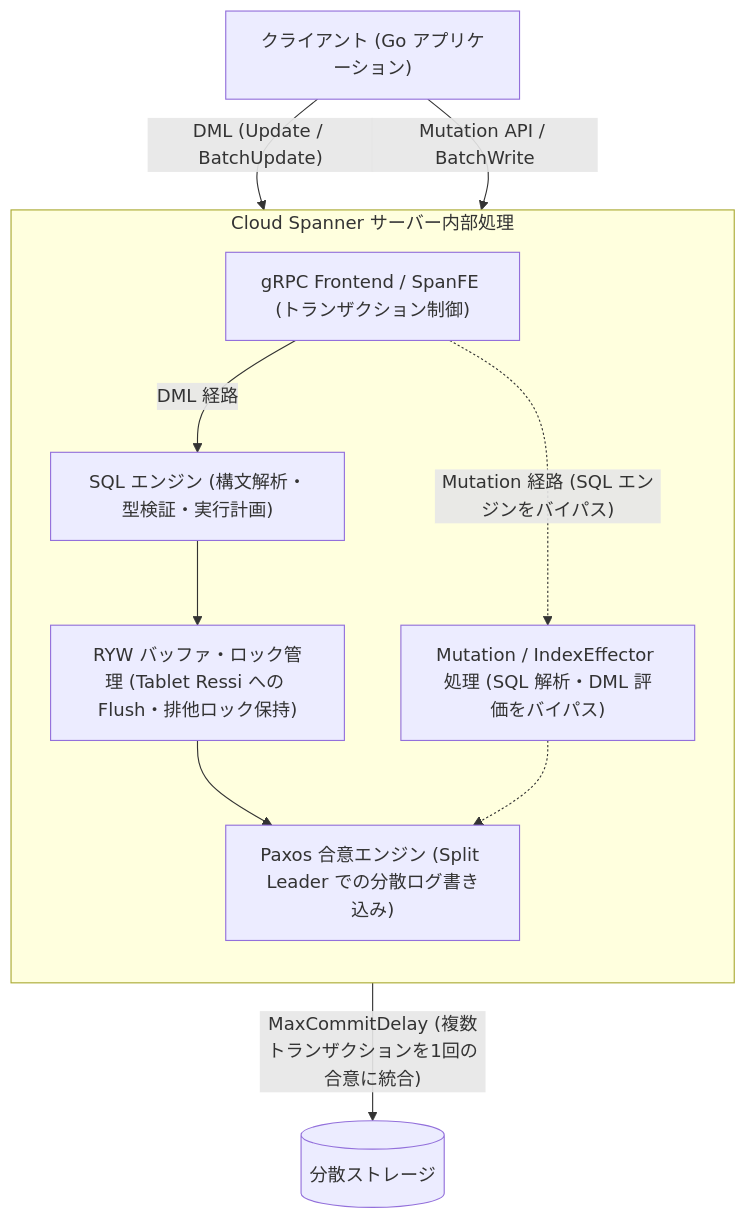
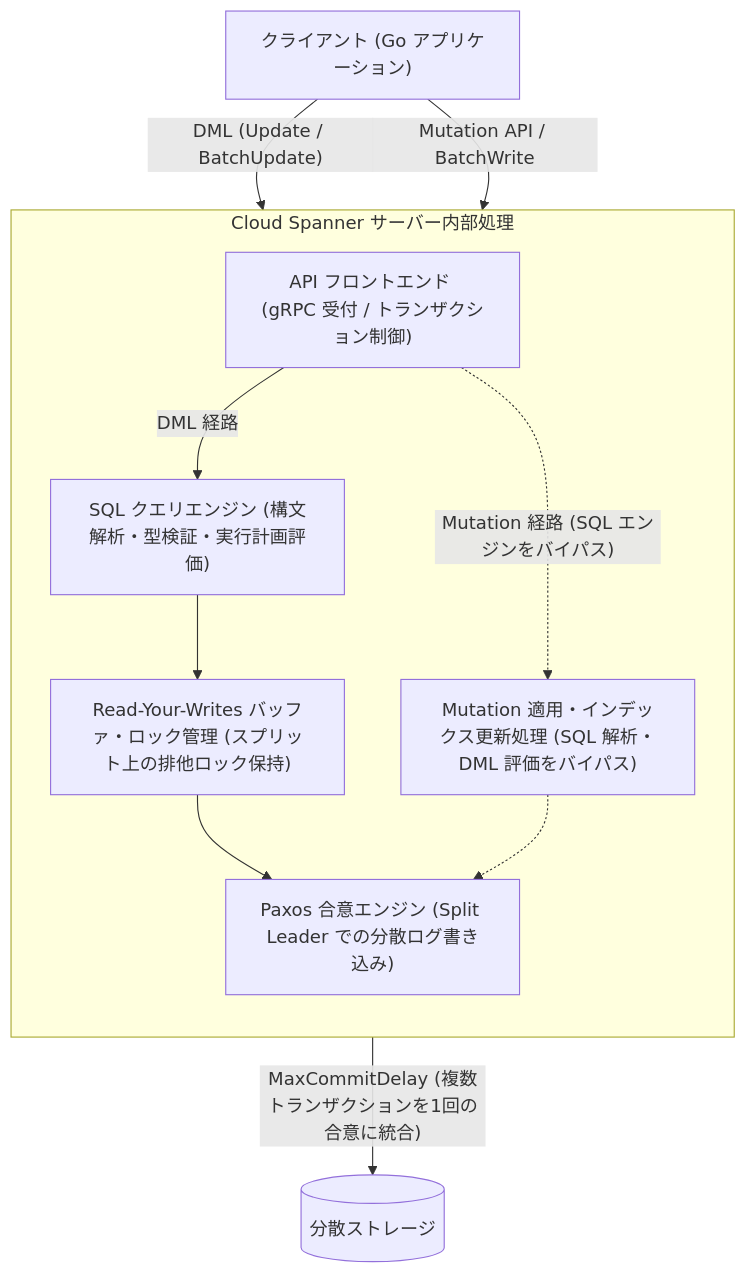
Before and after one commit to michity15169/zenn-content: the first of 6 diagrams in articles/7aad16e9b5760d.md, drawn with Mermaid. The commit also changed other lines of this file, not shown here.

Commit message:
docs: 社内用語(SpanFE, Tablet等)を公式ドキュメントの一般公開表現に統一

````diff
--- a/articles/7aad16e9b5760d.md
+++ b/articles/7aad16e9b5760d.md
@@ -61,24 +61,24 @@
 ```mermaid
 flowchart TD
     Client["クライアント (Go アプリケーション)"]
     
     subgraph SpannerServer ["Cloud Spanner サーバー内部処理"]
         direction TB
-        GW["gRPC Frontend / SpanFE (トランザクション制御)"]
-        SQL["SQL エンジン (構文解析・型検証・実行計画)"]
-        RYW["RYW バッファ・ロック管理 (Tablet Ressi への Flush・排他ロック保持)"]
-        MutEngine["Mutation / IndexEffector 処理 (SQL 解析・DML 評価をバイパス)"]
+        GW["API フロントエンド (gRPC 受付 / トランザクション制御)"]
+        SQL["SQL クエリエンジン (構文解析・型検証・実行計画評価)"]
+        RYW["Read-Your-Writes バッファ・ロック管理 (スプリット上の排他ロック保持)"]
+        MutEngine["Mutation 適用・インデックス更新処理 (SQL 解析・DML 評価をバイパス)"]
         Paxos["Paxos 合意エンジン (Split Leader での分散ログ書き込み)"]
     end
 
     Client -->|"DML (Update / BatchUpdate)"| GW
     Client -->|"Mutation API / BatchWrite"| GW
 
     GW -->|"DML 経路"| SQL
     SQL --> RYW
     RYW --> Paxos
 
     GW -.->|"Mutation 経路 (SQL エンジンをバイパス)"| MutEngine
     MutEngine -.-> Paxos
     Paxos -->|"MaxCommitDelay (複数トランザクションを1回の合意に統合)"| Storage[("分散ストレージ")]
 ```
````
